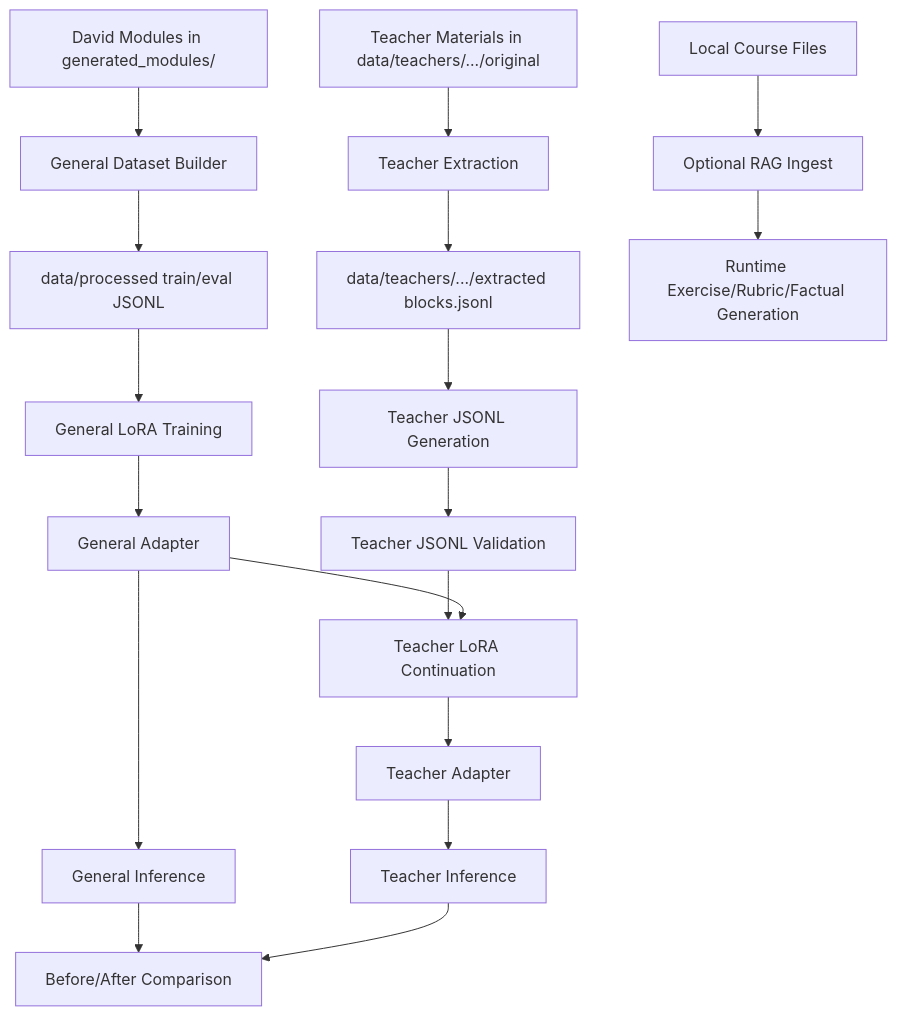
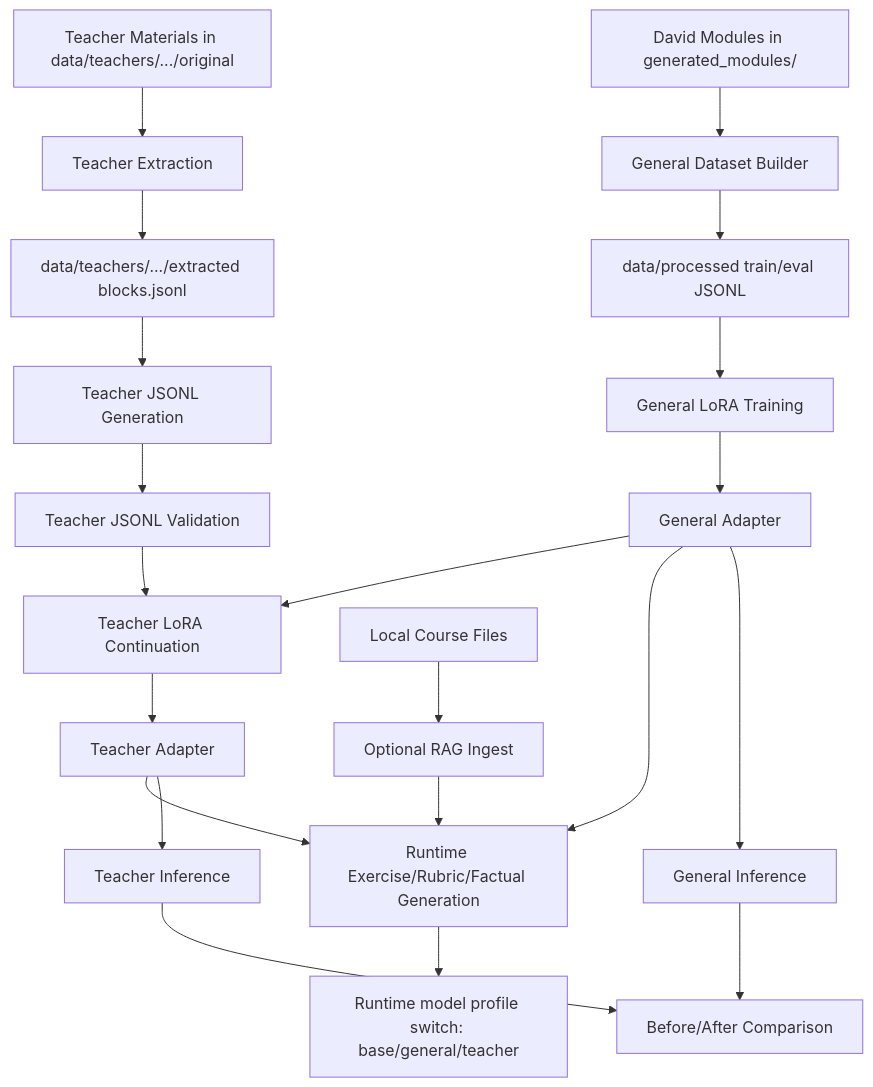
One commit to Lucy-E-Rong/edu-proj changed the diagram in README.md. Above: the diagram before and after it, drawn with Mermaid. The commit also changed other lines of this file and 19 other files, not shown here.

````diff
--- a/README.md
+++ b/README.md
@@ -60,23 +93,25 @@
 ```mermaid
 flowchart TD
   DM[David Modules in generated_modules/] --> GDB[General Dataset Builder]
   GDB --> GJSON[data/processed train/eval JSONL]
   GJSON --> GTRAIN[General LoRA Training]
   GTRAIN --> GADP[General Adapter]
 
   TM[Teacher Materials in data/teachers/.../original] --> TEX[Teacher Extraction]
   TEX --> TBLOCKS[data/teachers/.../extracted blocks.jsonl]
   TBLOCKS --> TJSON[Teacher JSONL Generation]
   TJSON --> TVAL[Teacher JSONL Validation]
   TVAL --> TTRAIN[Teacher LoRA Continuation]
   GADP --> TTRAIN
   TTRAIN --> TADP[Teacher Adapter]
 
+  COURSE[Local Course Files] --> RAGX[Optional RAG Ingest]
+  GADP --> RUNTIME[Runtime Exercise/Rubric/Factual Generation]
+  TADP --> RUNTIME
+  RAGX --> RUNTIME
+  RUNTIME --> PROFILES[Runtime model profile switch: base/general/teacher]
   GADP --> GINF[General Inference]
   TADP --> TINF[Teacher Inference]
   GINF --> COMP[Before/After Comparison]
   TINF --> COMP
-
-  COURSE[Local Course Files] --> RAGX[Optional RAG Ingest]
-  RAGX --> RUNTIME[Runtime Exercise/Rubric/Factual Generation]
 ```
````
